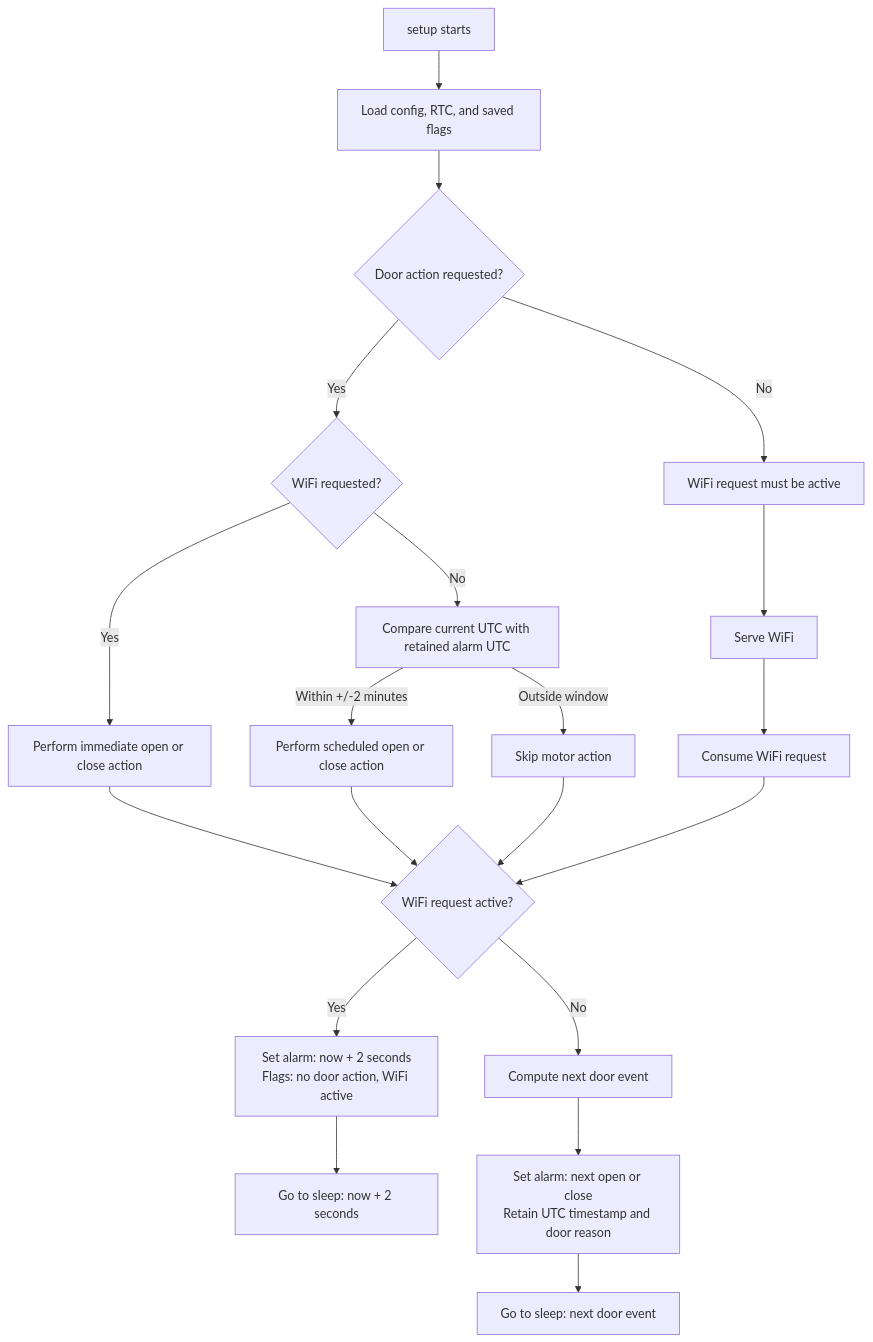
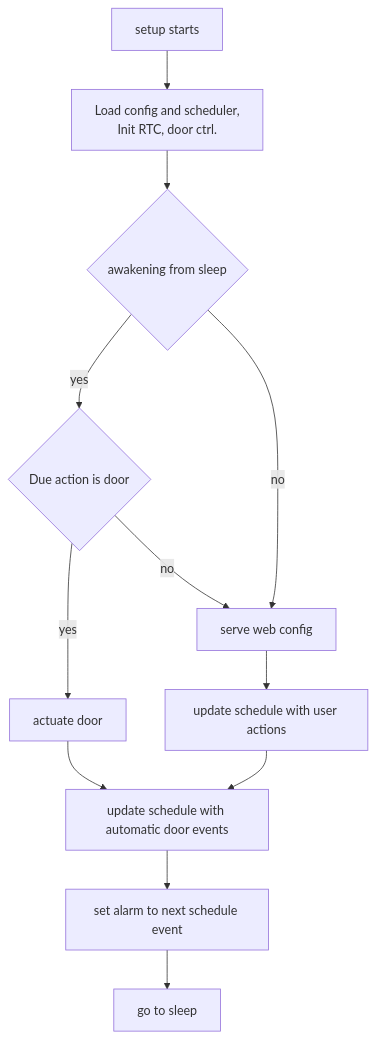
One commit to jujumo/poulailler changed the diagram in doc/operation-sequence.md. Above: the diagram before and after it, drawn with Mermaid. The commit also changed other lines of this file and 1 other file, not shown here.

Commit message:
sequence simplified

````diff
--- a/doc/operation-sequence.md
+++ b/doc/operation-sequence.md
@@ -10,27 +10,19 @@
 ```mermaid
 flowchart TD
-    A[setup starts] --> B[Load config, RTC, and saved flags]
-    B --> C{Door action requested?}
-
-  C -->|Yes| D{WiFi requested?}
-  D -->|Yes| E[Perform immediate open or close action]
-  D -->|No| F[Compare current UTC with retained alarm UTC]
-  F -->|Within +/-2 minutes| G[Perform scheduled open or close action]
-  F -->|Outside window| H[Skip motor action]
-
-  E --> I{WiFi request active?}
-  G --> I
-  H --> I
-
-  C -->|No| J[WiFi request must be active]
-  J --> K[Serve WiFi]
-  K --> L[Consume WiFi request]
-  L --> I
-
-  I -->|Yes| M[Set alarm: now + 2 seconds<br/>Flags: no door action, WiFi active]
-  M --> N[Go to sleep: now + 2 seconds]
-
-  I -->|No| O[Compute next door event]
-  O --> P[Set alarm: next open or close<br/>Retain UTC timestamp and door reason]
-  P --> Q[Go to sleep: next door event]
+    
+  A[setup starts] --> B[Load config and scheduler,
+  Init RTC, door ctrl.]
+  B --> C{awakening from sleep}
+  C -->|yes| D{Due action is door}
+  D -->|yes| F[actuate door]
+  
+  
+  C -->|no| M[serve web config]
+  D -->|no| M
+  M --> N[update schedule with user actions]
+  
+  F --> U[update schedule with automatic door events]
+  N --> U
+  U --> V[set alarm to next schedule event]
+  V --> W[go to sleep]
 ```
````
